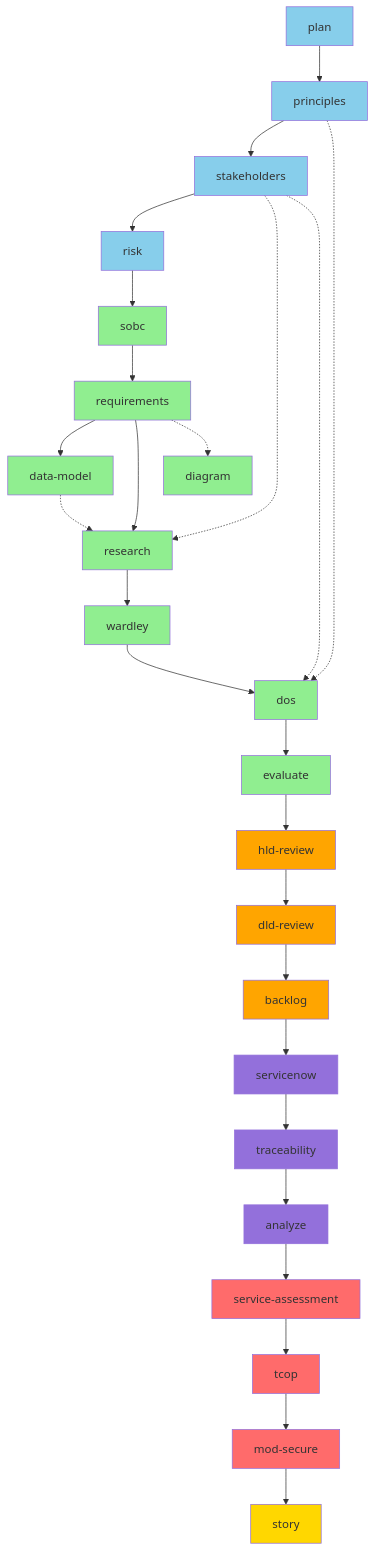
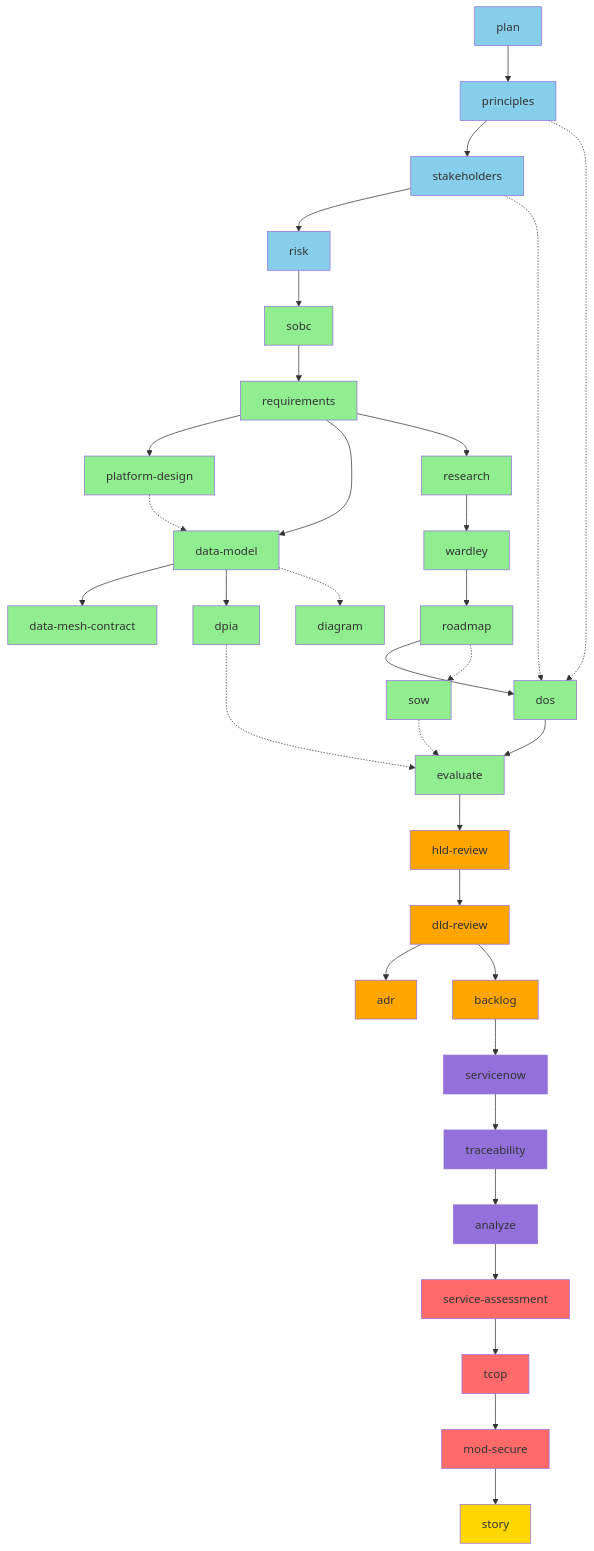
Before and after one commit to tractorjuice/arckit-test-project-v8-ons-data-platform: the fourth of 9 diagrams in WORKFLOW-DIAGRAMS.md, drawn with Mermaid. The commit also changed other lines of this file and 36 other files, not shown here.

First line of the commit message:
chore: release v0.9.1 - document control standards and ADR/roadmap guides

````diff
--- a/WORKFLOW-DIAGRAMS.md
+++ b/WORKFLOW-DIAGRAMS.md
@@ -259,70 +291,81 @@
 ```mermaid
 graph TD
     %% Tier 0-1: Foundation
     A[plan] --> B[principles]
     B --> C[stakeholders]
     C --> D[risk]
 
     %% Tier 2-3: Business Case & Requirements
     D --> E[sobc]
     E --> F[requirements]
 
-    %% Tier 4: Detailed Design
-    F --> G[data-model]
-    F --> H[research]
+    %% Tier 4: Strategy & Design
+    F --> G[platform-design]
+    F --> H[data-model]
     G -.-> H
-    C -.-> H
-    H --> I[wardley]
+    H --> I[data-mesh-contract]
+    H --> J[dpia]
+    F --> K[research]
+    K --> L[wardley]
+    L --> M[roadmap]
+    H -.-> U[diagram]
 
     %% Tier 5: MOD Procurement
-    B -.-> J[dos]
-    C -.-> J
-    I --> J
-    J --> K[evaluate]
+    B -.-> N[dos]
+    C -.-> N
+    M --> N
+    N --> O[evaluate]
+    M -.-> P[sow]
+    P -.-> O
+    J -.-> O
 
     %% Tier 6: Design Reviews
-    K --> L[hld-review]
-    L --> M[dld-review]
+    O --> Q[hld-review]
+    Q --> R[dld-review]
+    R --> S[adr]
 
     %% Tier 7: Implementation
-    M --> N[backlog]
+    R --> T[backlog]
 
     %% Tier 8-9: Operations & Quality
-    N --> O[servicenow]
-    O --> P[traceability]
-    P --> Q[analyze]
+    T --> V[servicenow]
+    V --> W[traceability]
+    W --> X[analyze]
 
     %% Tier 10: MOD Compliance
-    Q --> R[service-assessment]
-    R --> S[tcop]
-    S --> T[mod-secure]
+    X --> Y[service-assessment]
+    Y --> Y1[tcop]
+    Y1 --> Y2[mod-secure]
 
     %% Tier 11: Reporting
-    T --> V[story]
-
-    %% Optional parallel paths
-    F -.-> U[diagram]
+    Y2 --> Z[story]
 
     style A fill:#87CEEB
     style B fill:#87CEEB
     style C fill:#87CEEB
     style D fill:#87CEEB
     style E fill:#90EE90
     style F fill:#90EE90
     style G fill:#90EE90
     style H fill:#90EE90
     style I fill:#90EE90
     style J fill:#90EE90
     style K fill:#90EE90
-    style L fill:#FFA500
-    style M fill:#FFA500
-    style N fill:#FFA500
-    style O fill:#9370DB
-    style P fill:#9370DB
-    style Q fill:#9370DB
-    style R fill:#FF6B6B
-    style S fill:#FF6B6B
-    style T fill:#FF6B6B
+    style L fill:#90EE90
+    style M fill:#90EE90
+    style N fill:#90EE90
+    style O fill:#90EE90
+    style P fill:#90EE90
+    style Q fill:#FFA500
+    style R fill:#FFA500
+    style S fill:#FFA500
+    style T fill:#FFA500
     style U fill:#90EE90
-    style V fill:#FFD700
+    style V fill:#9370DB
+    style W fill:#9370DB
+    style X fill:#9370DB
+    style Y fill:#FF6B6B
+    style Y1 fill:#FF6B6B
+    style Y2 fill:#FF6B6B
+    style Z fill:#FFD700
 ```
````
